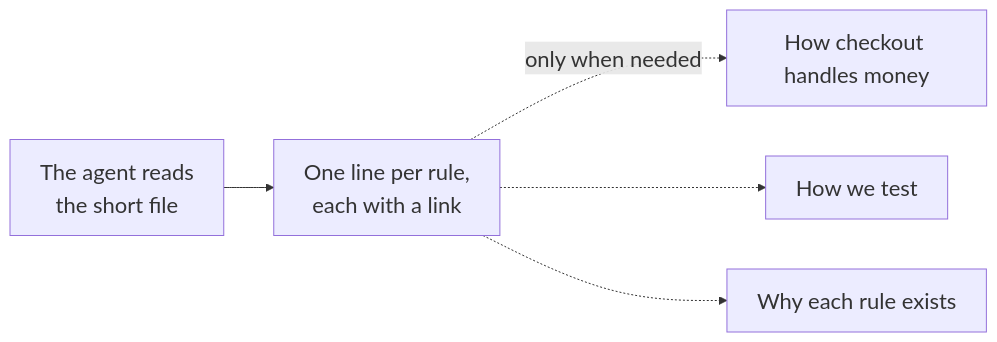
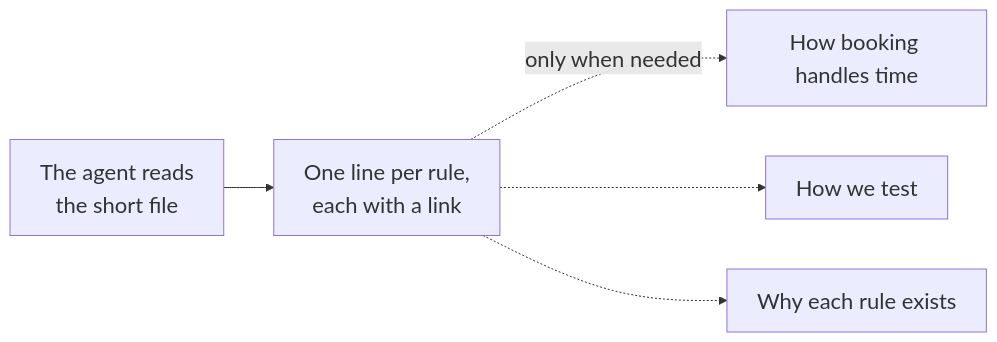
One commit to Laticent/lattice changed the third of 5 diagrams in engineering/decisions/2026-09-24-agentic-practice-audit/course/agentic-engineering-course.md. Above: the diagram before and after it, drawn with Mermaid. The commit also changed other lines of this file and 4 other files, not shown here.

````diff
--- a/engineering/decisions/2026-09-24-agentic-practice-audit/course/agentic-engineering-course.md
+++ b/engineering/decisions/2026-09-24-agentic-practice-audit/course/agentic-engineering-course.md
@@ -763,8 +657,8 @@
 ```mermaid
 %%{init: {'themeVariables': {'fontSize': '22px'}}}%%
 flowchart LR
   S["The agent reads<br/>the short file"] --> I["One line per rule,<br/>each with a link"]
-  I -.->|"only when needed"| A["How checkout handles money"]
+  I -.->|"only when needed"| A["How booking handles time"]
   I -.-> B["How we test"]
   I -.-> C["Why each rule exists"]
 ```
````
